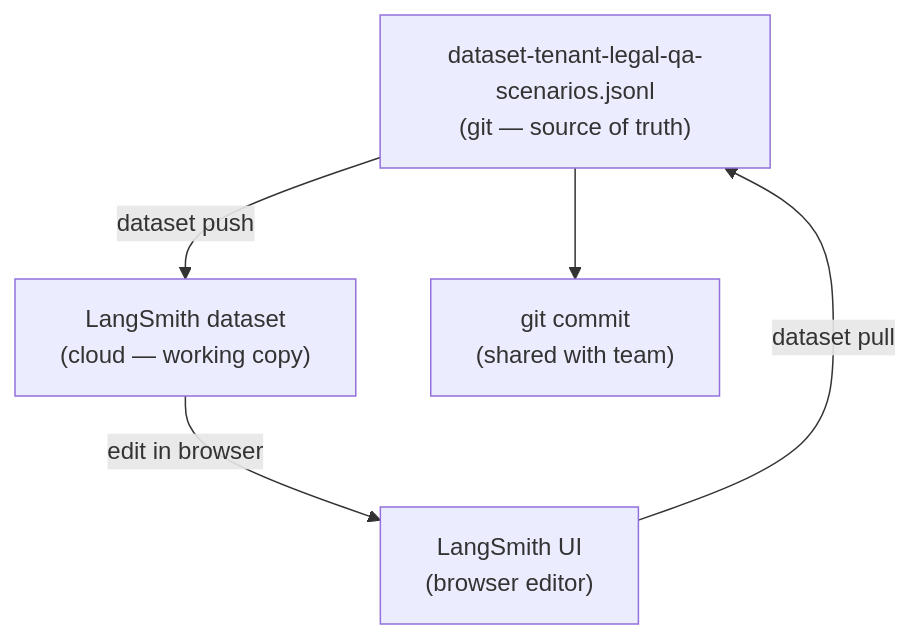
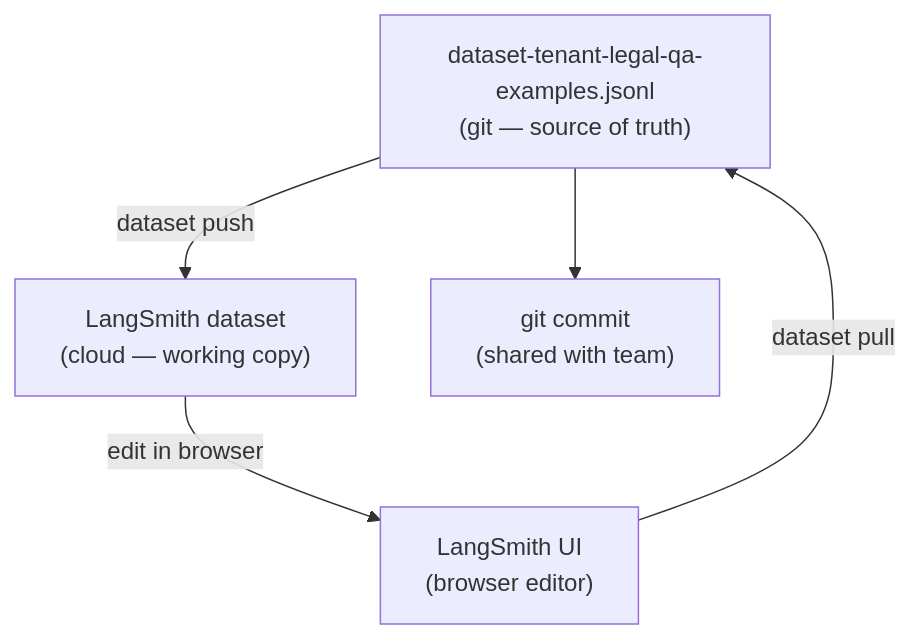
One commit to codeforpdx/tenantfirstaid changed the third of 9 diagrams in backend/evaluate/EVALUATION.md. Above: the diagram before and after it, drawn with Mermaid. The commit also changed other lines of this file and 6 other files, not shown here.

Commit message:
change "scenario" term to LangSmith term "example" in most places (except "scenario_id" which is used in schema)

````diff
--- a/backend/evaluate/EVALUATION.md
+++ b/backend/evaluate/EVALUATION.md
@@ -117,12 +117,12 @@
 ```mermaid
 flowchart TD
-    JSONL["dataset-tenant-legal-qa-scenarios.jsonl<br>(git — source of truth)"]
+    JSONL["dataset-tenant-legal-qa-examples.jsonl<br>(git — source of truth)"]
     LS["LangSmith dataset<br>(cloud — working copy)"]
     UI["LangSmith UI<br>(browser editor)"]
     Commit["git commit<br>(shared with team)"]
 
     JSONL -- "dataset push" --> LS
     LS -- "edit in browser" --> UI
     UI -- "dataset pull" --> JSONL
     JSONL --> Commit
 ```
````
